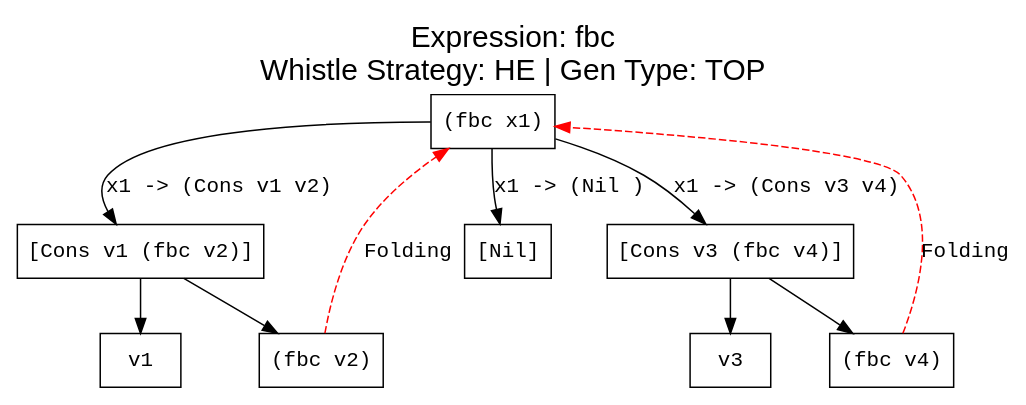
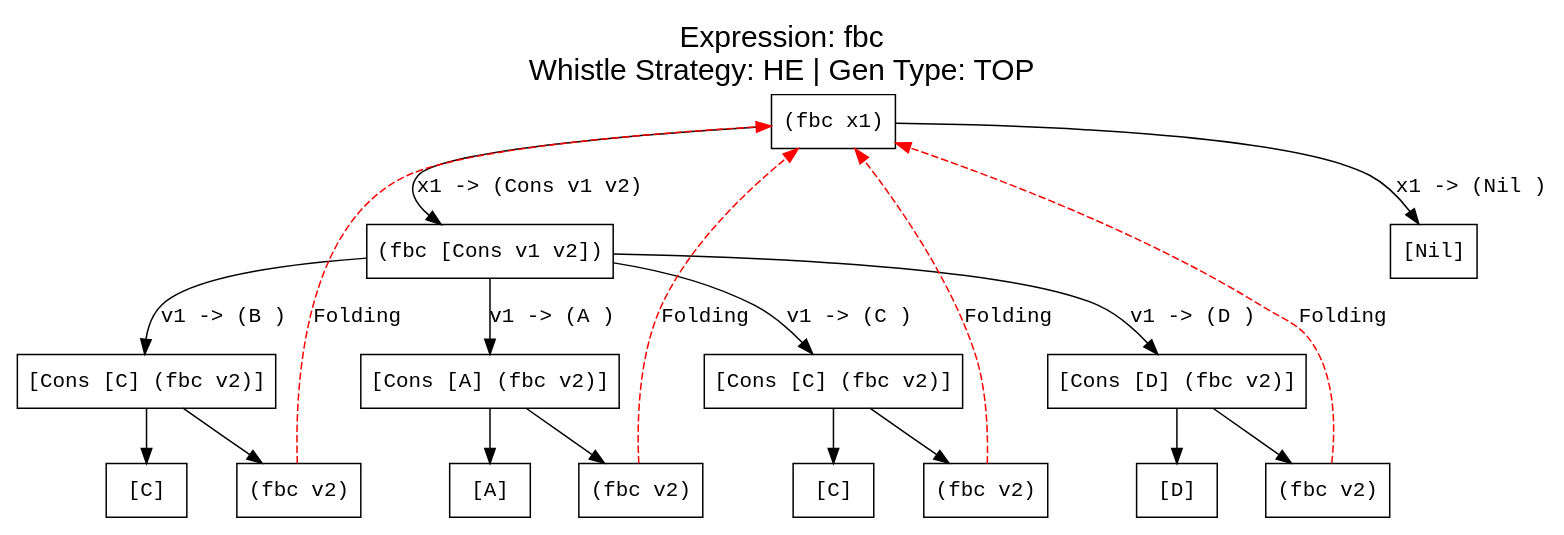
Before and after one commit to makezh/coursework_supercompiler: the diagram in output/test4/he_fbc.dot, drawn with Graphviz. The commit also changed 5 other files, not shown here.

```diff
--- a/output/test4/he_fbc.dot
+++ b/output/test4/he_fbc.dot
@@ -1,26 +1,42 @@
 digraph ProcessTree {
   label="Expression: fbc\nWhistle Strategy: HE | Gen Type: TOP";
   labelloc="t";
   fontsize=20;
   fontname="Arial";
 
     node [fontname="Courier New"];
     edge [fontname="Courier New"];
     n0 [label="(fbc x1)", shape=box];
     n0 -> n1 [label="x1 -> (Cons v1 v2)"];
-    n0 -> n2 [label="x1 -> (Cons v3 v4)"];
-    n0 -> n3 [label="x1 -> (Nil )"];
-    n1 [label="[Cons v1 (fbc v2)]", shape=box];
-    n1 -> n4 [label=""];
-    n1 -> n5 [label=""];
-    n2 [label="[Cons v3 (fbc v4)]", shape=box];
-    n2 -> n6 [label=""];
-    n2 -> n7 [label=""];
-    n3 [label="[Nil]", shape=box];
-    n4 [label="v1", shape=box];
-    n5 [label="(fbc v2)", shape=box];
-    n5 -> n0 [style=dashed, color=red, label="Folding"];
-    n6 [label="v3", shape=box];
-    n7 [label="(fbc v4)", shape=box];
-    n7 -> n0 [style=dashed, color=red, label="Folding"];
+    n0 -> n2 [label="x1 -> (Nil )"];
+    n1 [label="(fbc [Cons v1 v2])", shape=box];
+    n1 -> n3 [label="v1 -> (B )"];
+    n1 -> n4 [label="v1 -> (A )"];
+    n1 -> n5 [label="v1 -> (C )"];
+    n1 -> n6 [label="v1 -> (D )"];
+    n2 [label="[Nil]", shape=box];
+    n3 [label="[Cons [C] (fbc v2)]", shape=box];
+    n3 -> n7 [label=""];
+    n3 -> n8 [label=""];
+    n4 [label="[Cons [A] (fbc v2)]", shape=box];
+    n4 -> n9 [label=""];
+    n4 -> n10 [label=""];
+    n5 [label="[Cons [C] (fbc v2)]", shape=box];
+    n5 -> n11 [label=""];
+    n5 -> n12 [label=""];
+    n6 [label="[Cons [D] (fbc v2)]", shape=box];
+    n6 -> n13 [label=""];
+    n6 -> n14 [label=""];
+    n7 [label="[C]", shape=box];
+    n8 [label="(fbc v2)", shape=box];
+    n8 -> n0 [style=dashed, color=red, label="Folding"];
+    n9 [label="[A]", shape=box];
+    n10 [label="(fbc v2)", shape=box];
+    n10 -> n0 [style=dashed, color=red, label="Folding"];
+    n11 [label="[C]", shape=box];
+    n12 [label="(fbc v2)", shape=box];
+    n12 -> n0 [style=dashed, color=red, label="Folding"];
+    n13 [label="[D]", shape=box];
+    n14 [label="(fbc v2)", shape=box];
+    n14 -> n0 [style=dashed, color=red, label="Folding"];
 }
```
